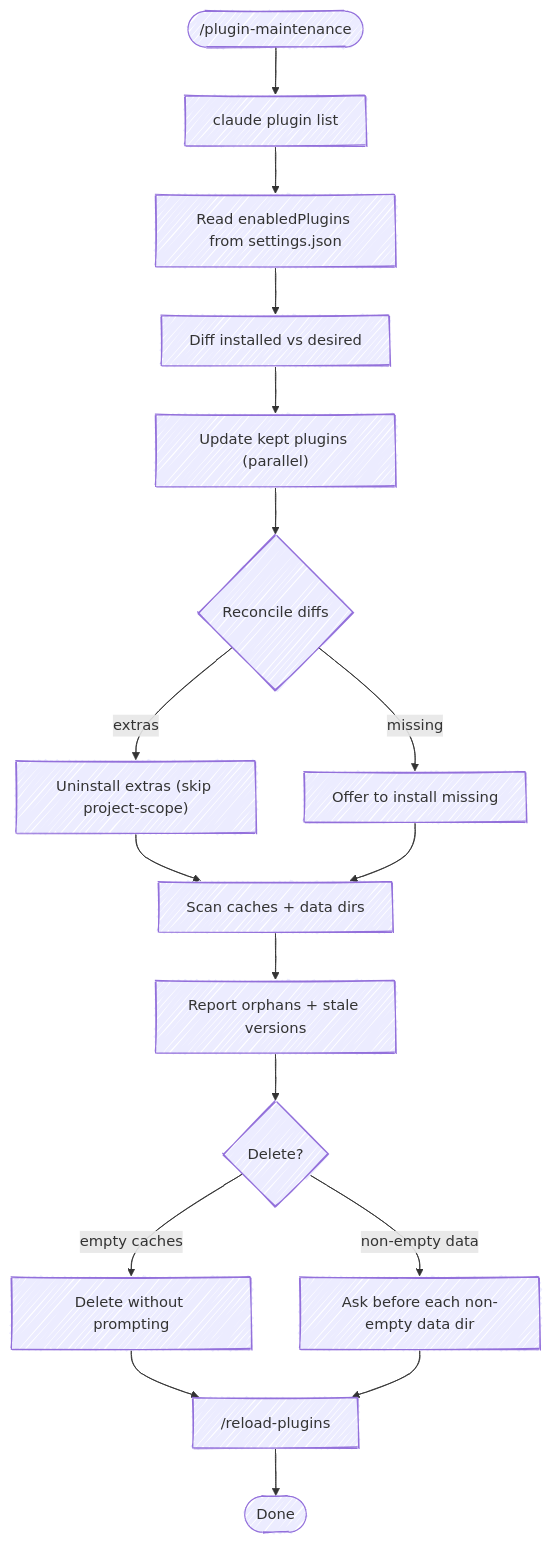
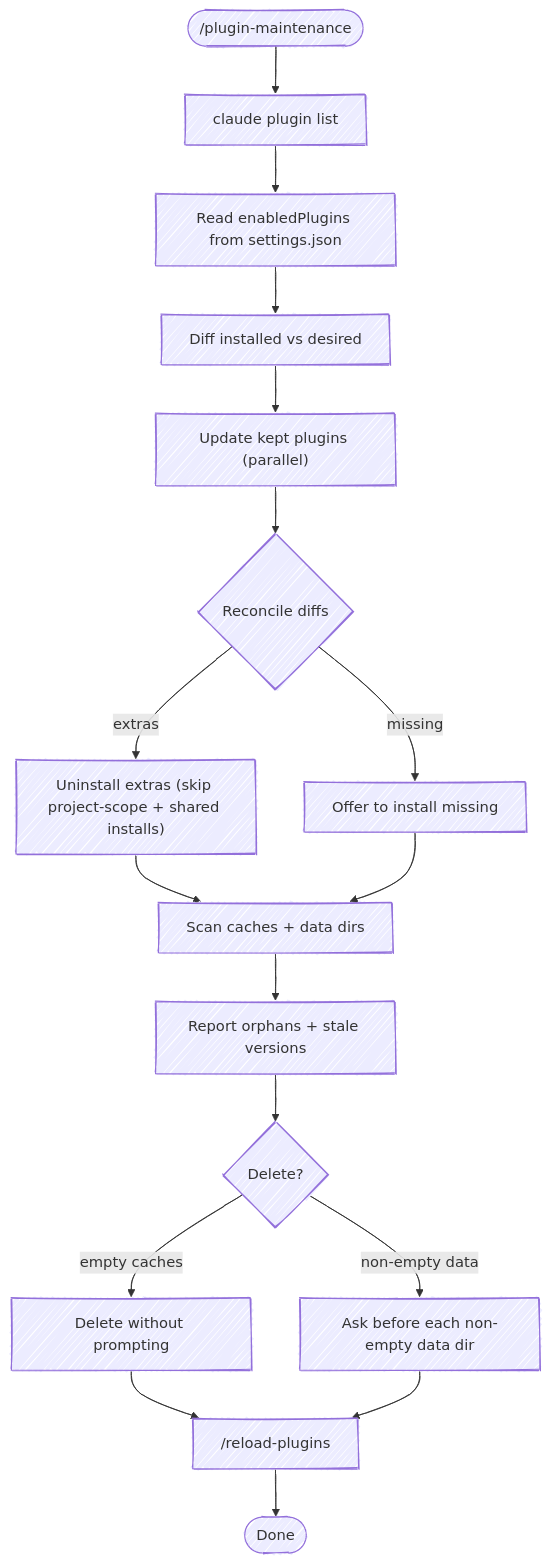
One commit to chris-peterson/shipshape changed the diagram in skills/plugin-maintenance/SKILL.md. Above: the diagram before and after it, drawn with Mermaid. The commit also changed other lines of this file and 1 other file, not shown here.

First line of the commit message:
Guard against uninstalling a plugin shared by two marketplaces

````diff
--- a/skills/plugin-maintenance/SKILL.md
+++ b/skills/plugin-maintenance/SKILL.md
@@ -23,20 +33,20 @@
 ```mermaid
 %%{ init: { 'look': 'handDrawn' } }%%
 flowchart TD
     Start(["/plugin-maintenance"]) --> List["claude plugin list"]
     List --> Read["Read enabledPlugins from settings.json"]
     Read --> Diff["Diff installed vs desired"]
     Diff --> Update["Update kept plugins (parallel)"]
     Update --> Reconcile{Reconcile diffs}
-    Reconcile -->|extras| Uninstall["Uninstall extras (skip project-scope)"]
+    Reconcile -->|extras| Uninstall["Uninstall extras (skip project-scope + shared installs)"]
     Reconcile -->|missing| Install["Offer to install missing"]
     Uninstall --> Scan
     Install --> Scan
     Scan["Scan caches + data dirs"] --> Report["Report orphans + stale versions"]
     Report --> Confirm{Delete?}
     Confirm -->|empty caches| Auto["Delete without prompting"]
     Confirm -->|non-empty data| Ask["Ask before each non-empty data dir"]
     Auto --> Reload["/reload-plugins"]
     Ask --> Reload
     Reload --> Done([Done])
 ```
````
